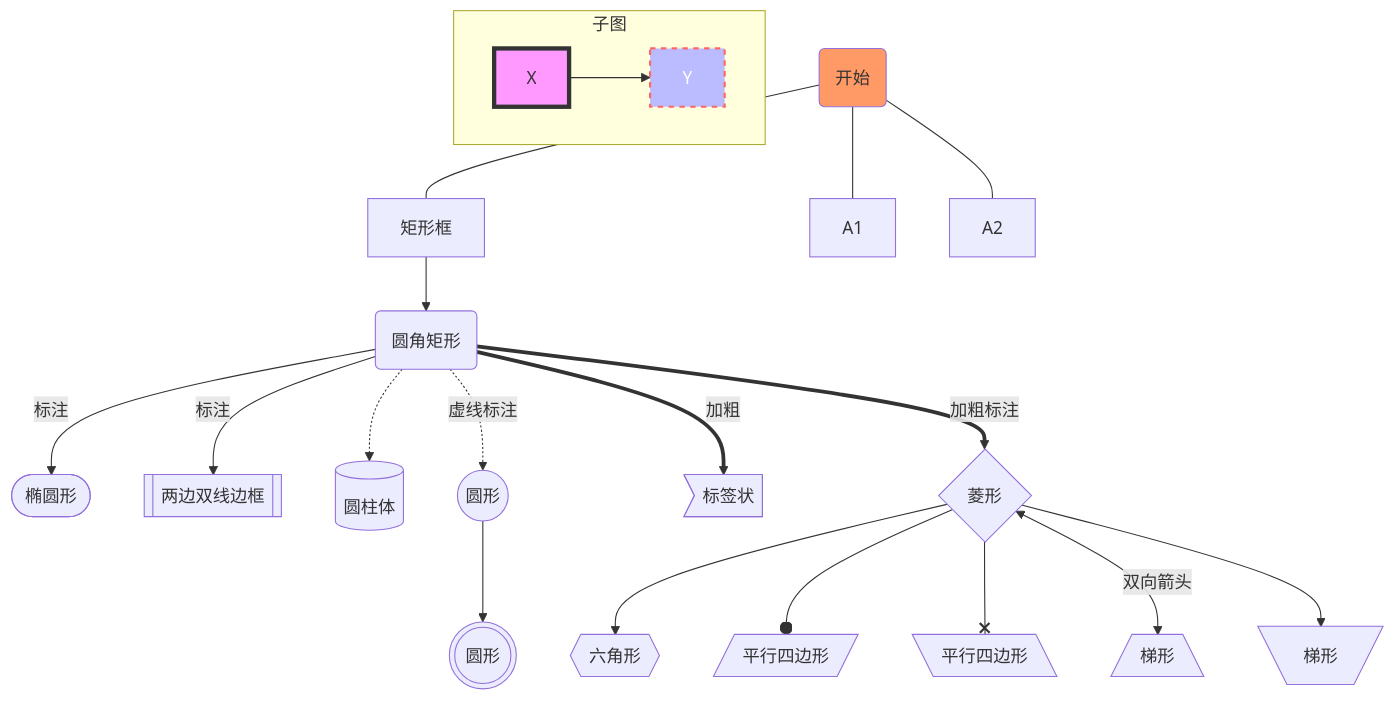
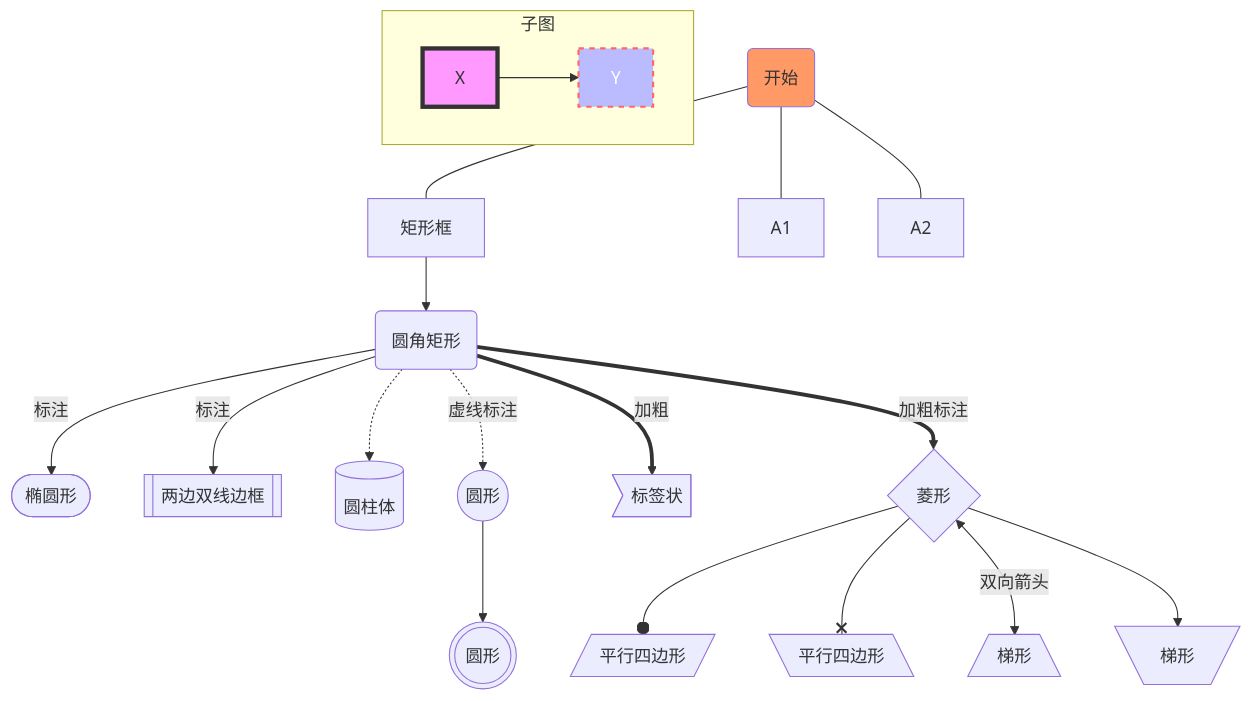
Before and after one commit to Gaohaoyang/gaohaoyang.github.io: the second of 8 diagrams in _posts/2015-02-15-jekyll-editor.md, drawn with Mermaid. The commit also changed other lines of this file, not shown here.

```diff
--- a/_posts/2015-02-15-jekyll-editor.md
+++ b/_posts/2015-02-15-jekyll-editor.md
@@ -873,24 +873,24 @@
 <div class="mermaid">
     graph TD
     O(开始):::someclass --- A & A1 & A2
     classDef someclass fill:#f96;
     A[矩形框] --> B(圆角矩形)
     B -->|标注| C([椭圆形])
     B --标注--> D[[两边双线边框]]
     B -.-> E[(圆柱体)]
     B -.虚线标注.-> F((圆形))
     B ==>|加粗| G>标签状]
     B ==加粗标注==> H{菱形}
-    H --> I{{六角形}}
+    %%H --> I{{六角形}} %% 与jekyll语法冲突，暂时屏蔽
     H --o J[/平行四边形/]
     H --x K[\平行四边形\]
     H <-->|双向箭头| L[/梯形\]
     H --> M[\梯形/]
     F --> N(((圆形)))
     subgraph 子图
         direction LR
         X --> Y
         style X fill:#f9f,stroke:#333,stroke-width:4px;
         style Y fill:#bbf,stroke:#f66,stroke-width:2px,color:#fff,stroke-dasharray: 5 5;
     end
 </div>
```
